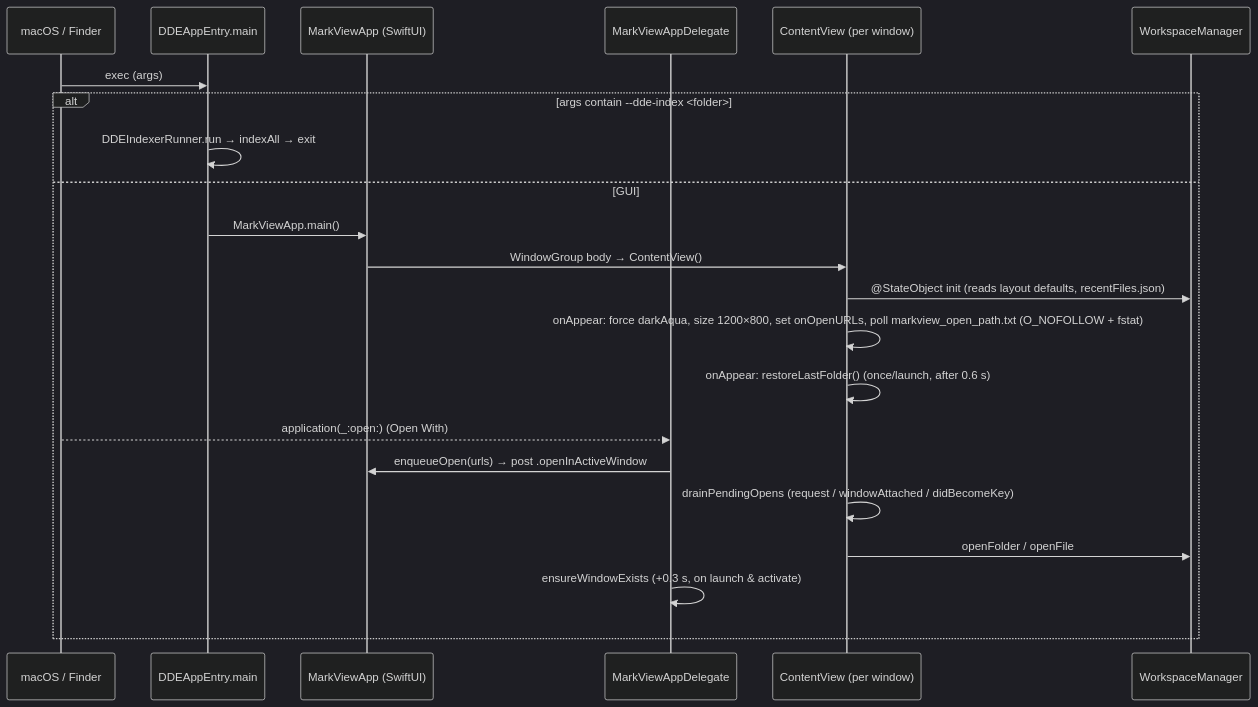
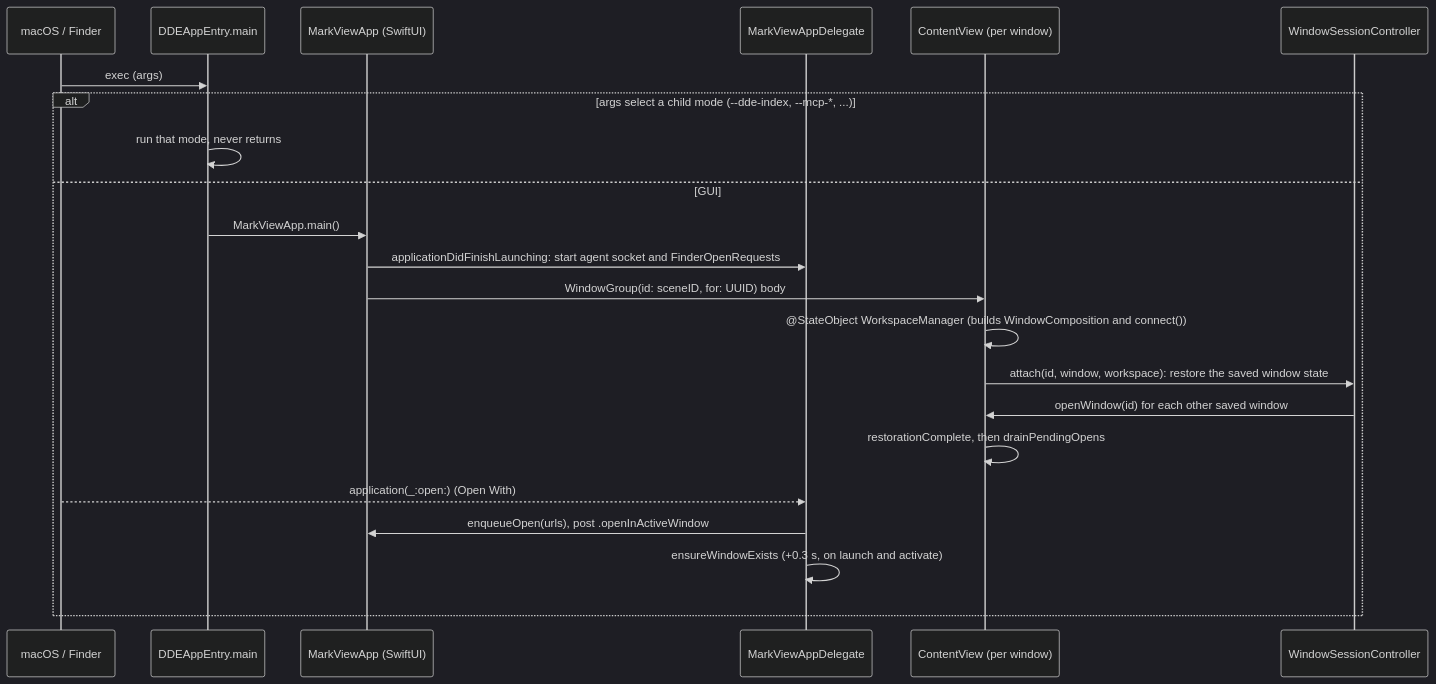
Before and after one commit to t-boris/MarkView: the first of 2 diagrams in docs/architecture/modules/app-shell-and-workspace.md, drawn with Mermaid (dark theme). The commit also changed other lines of this file and 20 other files, not shown here.

````diff
--- a/docs/architecture/modules/app-shell-and-workspace.md
+++ b/docs/architecture/modules/app-shell-and-workspace.md
@@ -206,24 +192,24 @@
 ```mermaid
 sequenceDiagram
     participant OS as macOS / Finder
     participant Entry as DDEAppEntry.main
     participant App as MarkViewApp (SwiftUI)
     participant Del as MarkViewAppDelegate
     participant CV as ContentView (per window)
-    participant WM as WorkspaceManager
+    participant WSC as WindowSessionController
     OS->>Entry: exec (args)
-    alt args contain --dde-index <folder>
-        Entry->>Entry: DDEIndexerRunner.run → indexAll → exit
+    alt args select a child mode (--dde-index, --mcp-*, ...)
+        Entry->>Entry: run that mode, never returns
     else GUI
         Entry->>App: MarkViewApp.main()
-        App->>CV: WindowGroup body → ContentView()
-        CV->>WM: @StateObject init (reads layout defaults, recentFiles.json)
-        CV->>CV: onAppear: force darkAqua, size 1200×800, set onOpenURLs, poll markview_open_path.txt (O_NOFOLLOW + fstat)
-        CV->>CV: onAppear: restoreLastFolder() (once/launch, after 0.6 s)
+        App->>Del: applicationDidFinishLaunching: start agent socket and FinderOpenRequests
+        App->>CV: WindowGroup(id: sceneID, for: UUID) body
+        CV->>CV: @StateObject WorkspaceManager (builds WindowComposition and connect())
+        CV->>WSC: attach(id, window, workspace): restore the saved window state
+        WSC->>CV: openWindow(id) for each other saved window
+        CV->>CV: restorationComplete, then drainPendingOpens
         OS-->>Del: application(_:open:) (Open With)
-        Del->>App: enqueueOpen(urls) → post .openInActiveWindow
-        CV->>CV: drainPendingOpens (request / windowAttached / didBecomeKey)
-        CV->>WM: openFolder / openFile
-        Del->>Del: ensureWindowExists (+0.3 s, on launch & activate)
+        Del->>App: enqueueOpen(urls), post .openInActiveWindow
+        Del->>Del: ensureWindowExists (+0.3 s, on launch and activate)
     end
 ```
````
